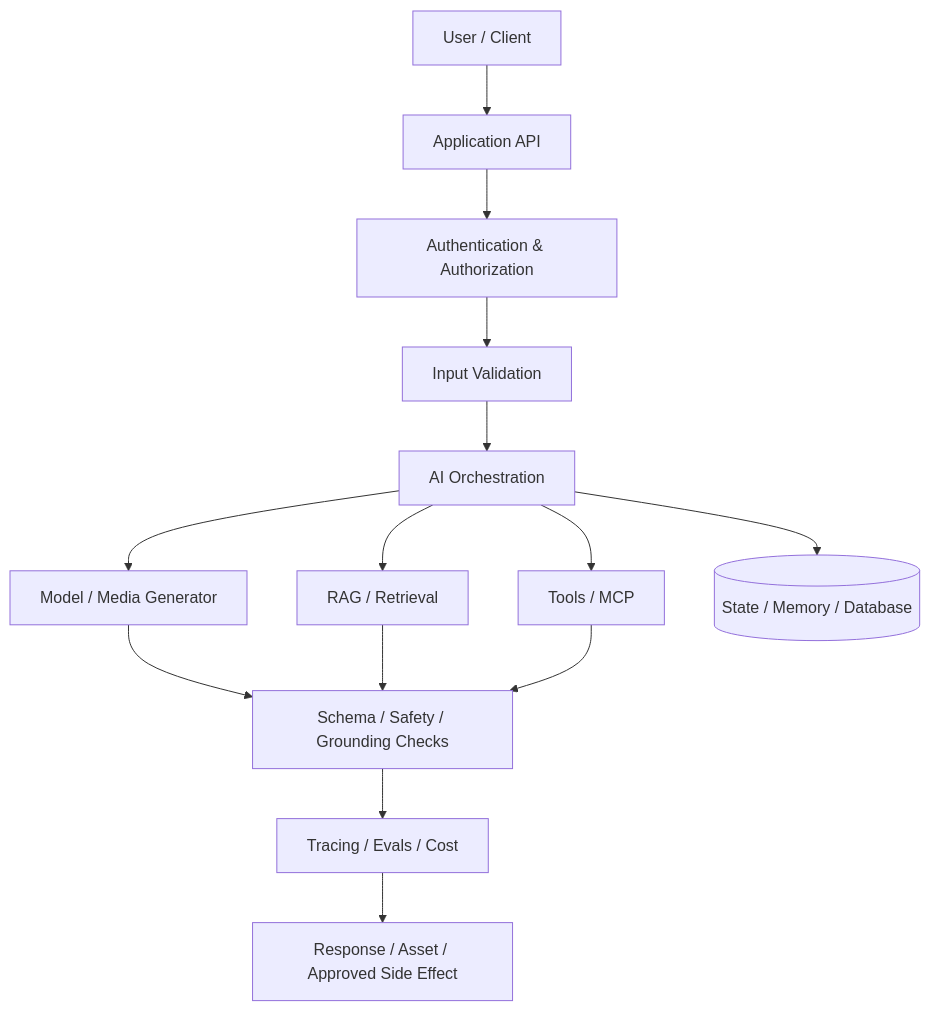
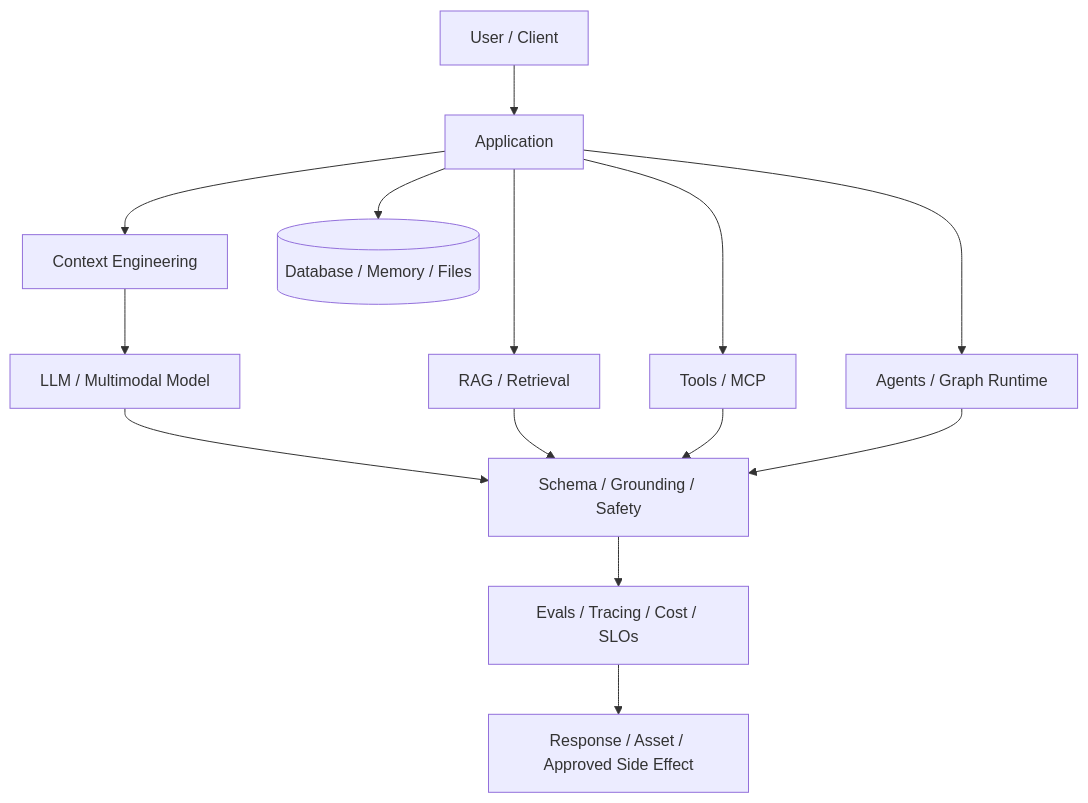
The first of 4 diagrams in docs/ai-engineering/00-start-here.md (salman0butt/handbook), drawn with Mermaid before and after one commit. The commit also changed other lines of this file and 113 other files, not shown here.

Commit message:
docs(ai): add zero-to-hero LLM engineering curriculum

````diff
--- a/docs/ai-engineering/00-start-here.md
+++ b/docs/ai-engineering/00-start-here.md
@@ -15,16 +13,16 @@
 ```mermaid
 flowchart TD
-  U[User / Client] --> API[Application API]
-  API --> AUTH[Authentication & Authorization]
-  AUTH --> VALIDATE[Input Validation]
-  VALIDATE --> ORCH[AI Orchestration]
-  ORCH --> RET[RAG / Retrieval]
-  ORCH --> MODEL[Model / Media Generator]
-  ORCH --> TOOLS[Tools / MCP]
-  ORCH --> STATE[(State / Memory / Database)]
-  MODEL --> CHECK[Schema / Safety / Grounding Checks]
-  RET --> CHECK
-  TOOLS --> CHECK
-  CHECK --> OBS[Tracing / Evals / Cost]
+  USER[User / Client] --> APP[Application]
+  APP --> CTX[Context Engineering]
+  CTX --> MODEL[LLM / Multimodal Model]
+  APP --> RET[RAG / Retrieval]
+  APP --> TOOLS[Tools / MCP]
+  APP --> AGENTS[Agents / Graph Runtime]
+  APP --> STATE[(Database / Memory / Files)]
+  MODEL --> VALIDATE[Schema / Grounding / Safety]
+  RET --> VALIDATE
+  TOOLS --> VALIDATE
+  AGENTS --> VALIDATE
+  VALIDATE --> OBS[Evals / Tracing / Cost / SLOs]
   OBS --> OUT[Response / Asset / Approved Side Effect]
 ```
````
